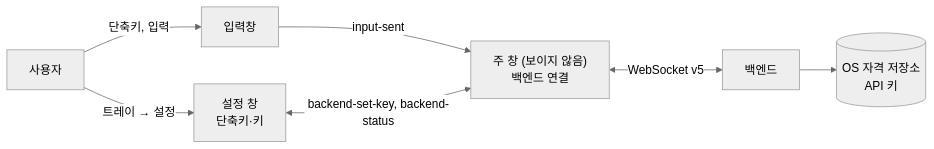
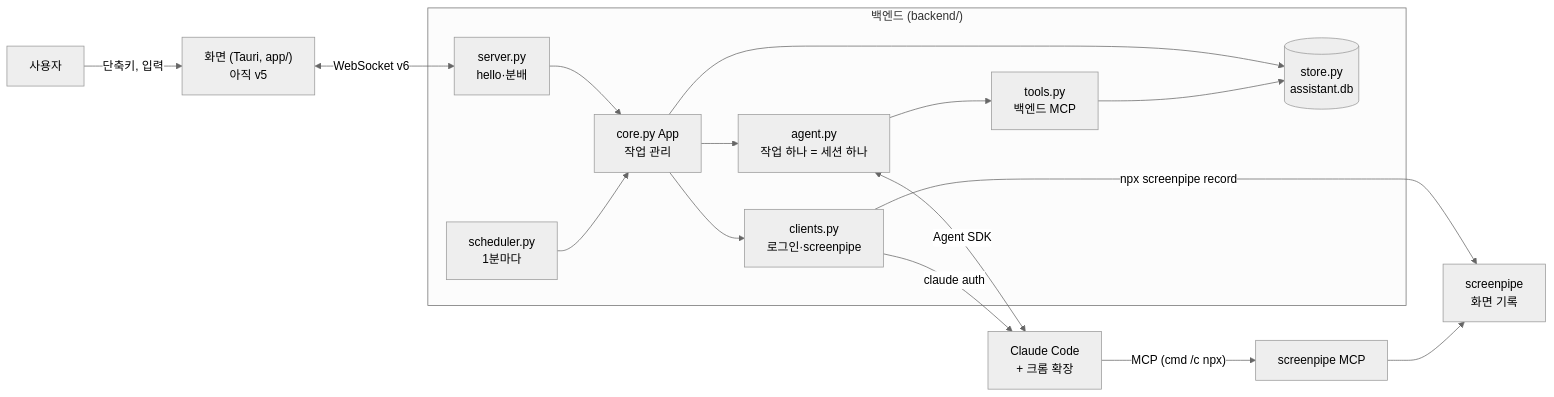
Before and after one commit to HEOSEONGILml/AssistantChatBot: the diagram in ARCHITECTURE.md, drawn with Mermaid (neutral theme). The commit also changed other lines of this file and 8 other files, not shown here.

````diff
--- a/ARCHITECTURE.md
+++ b/ARCHITECTURE.md
@@ -9,9 +9,19 @@
 ```mermaid
 flowchart LR
-  U["사용자"] -->|"단축키, 입력"| IN["입력창"]
-  U -->|"트레이 → 설정"| SET["설정 창<br>단축키·키"]
-  IN -->|"input-sent"| MAIN["주 창 (보이지 않음)<br>백엔드 연결"]
-  SET <-->|"backend-set-key, backend-status"| MAIN
-  MAIN <-->|"WebSocket v5"| B["백엔드"]
-  B --> K[("OS 자격 저장소<br>API 키")]
+  U["사용자"] -->|"단축키, 입력"| APP["화면 (Tauri, app/)<br>아직 v5"]
+  APP <-->|"WebSocket v6"| SRV["server.py<br>hello·분배"]
+  subgraph B["백엔드 (backend/)"]
+    SRV --> CORE["core.py App<br>작업 관리"]
+    SCH["scheduler.py<br>1분마다"] --> CORE
+    CORE --> ST[("store.py<br>assistant.db")]
+    CORE --> AG["agent.py<br>작업 하나 = 세션 하나"]
+    AG --> TL["tools.py<br>백엔드 MCP"]
+    TL --> ST
+    CORE --> CL["clients.py<br>로그인·screenpipe"]
+  end
+  AG <-->|"Agent SDK"| CC["Claude Code<br>+ 크롬 확장"]
+  CC -->|"MCP (cmd /c npx)"| SPM["screenpipe MCP"]
+  CL -->|"claude auth"| CC
+  CL -->|"npx screenpipe record"| SP["screenpipe<br>화면 기록"]
+  SPM --> SP
 ```
````
